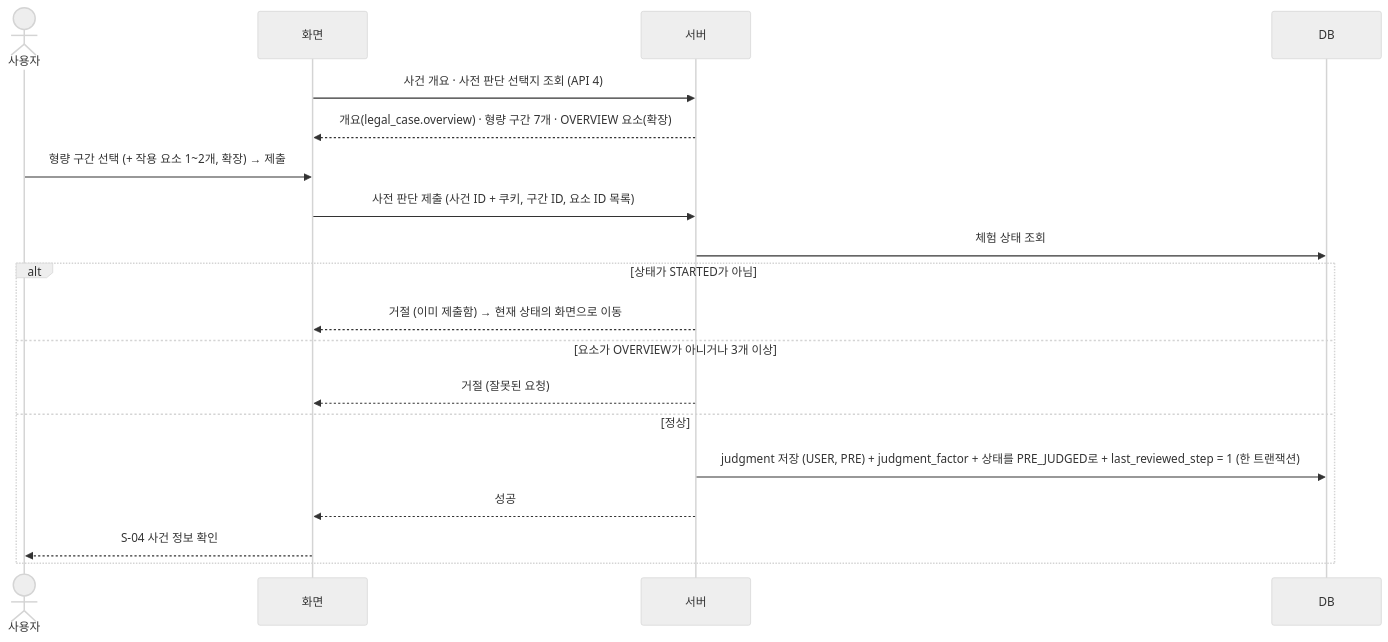
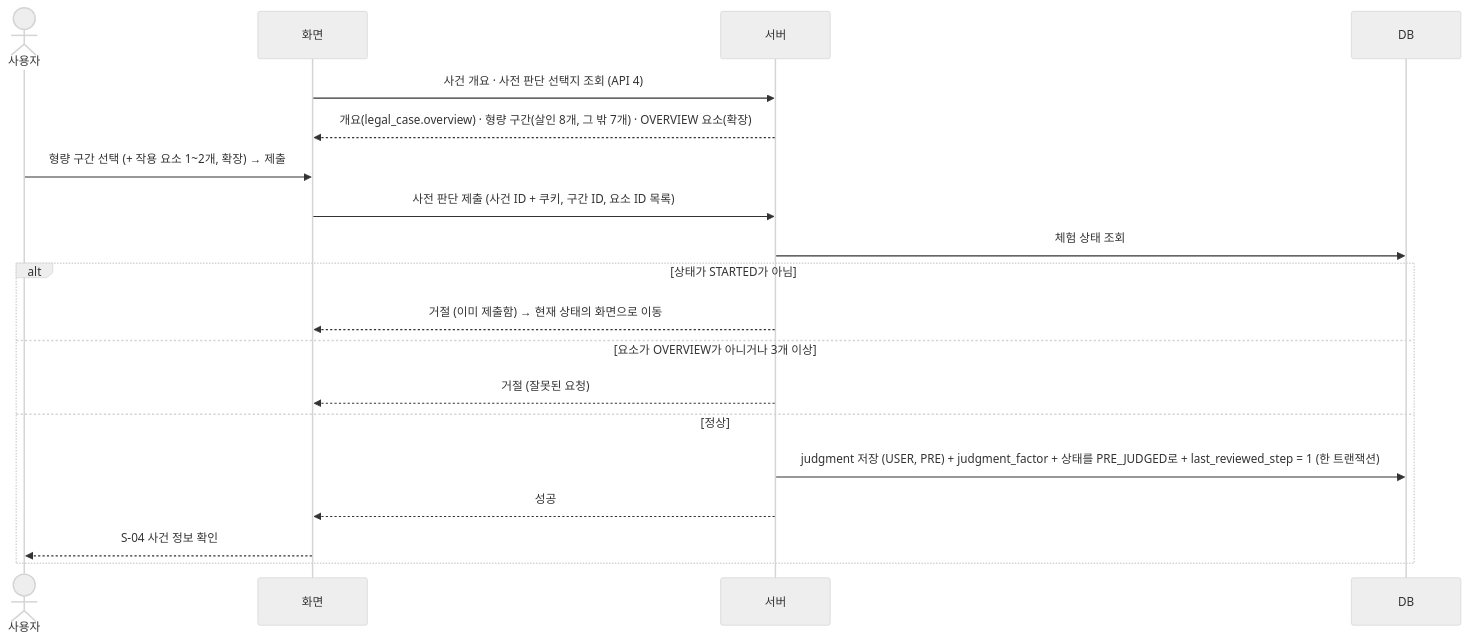
One commit to prgrms-aibe-devcourse/AIBE7_FinalProject_Team2 changed the third of 7 diagrams in docs/sequence-diagram.md. Above: the diagram before and after it, drawn with Mermaid (neutral theme). The commit also changed other lines of this file and 1 other file, not shown here.

Commit message:
docs : BE-7 API 명세 v0.7 · 시퀀스 다이어그램 v0.6 반영
- API 4 형량 구간 개수를 범죄 유형별로 명시 (살인 8개, 사기 · 상해 7개)
- API 4 · 5 거절 조건(400 · 404 · 422) 보완, API 5 검사 순서 · 거절 시 저장 없음 명시
- 시퀀스 다이어그램의 형량 구간 "7개" 표현 정정

````diff
--- a/docs/sequence-diagram.md
+++ b/docs/sequence-diagram.md
@@ -95,22 +96,22 @@
 ```mermaid
 sequenceDiagram
     actor U as 사용자
     participant F as 화면
     participant S as 서버
     participant D as DB
  
     F->>S: 사건 개요 · 사전 판단 선택지 조회 (API 4)
-    S-->>F: 개요(legal_case.overview) · 형량 구간 7개 · OVERVIEW 요소(확장)
+    S-->>F: 개요(legal_case.overview) · 형량 구간(살인 8개, 그 밖 7개) · OVERVIEW 요소(확장)
     U->>F: 형량 구간 선택 (+ 작용 요소 1~2개, 확장) → 제출
     F->>S: 사전 판단 제출 (사건 ID + 쿠키, 구간 ID, 요소 ID 목록)
     S->>D: 체험 상태 조회
     alt 상태가 STARTED가 아님
         S-->>F: 거절 (이미 제출함) → 현재 상태의 화면으로 이동
     else 요소가 OVERVIEW가 아니거나 3개 이상
         S-->>F: 거절 (잘못된 요청)
     else 정상
         S->>D: judgment 저장 (USER, PRE) + judgment_factor + 상태를 PRE_JUDGED로 + last_reviewed_step = 1 (한 트랜잭션)
         S-->>F: 성공
         F-->>U: S-04 사건 정보 확인
     end
 ```
````
